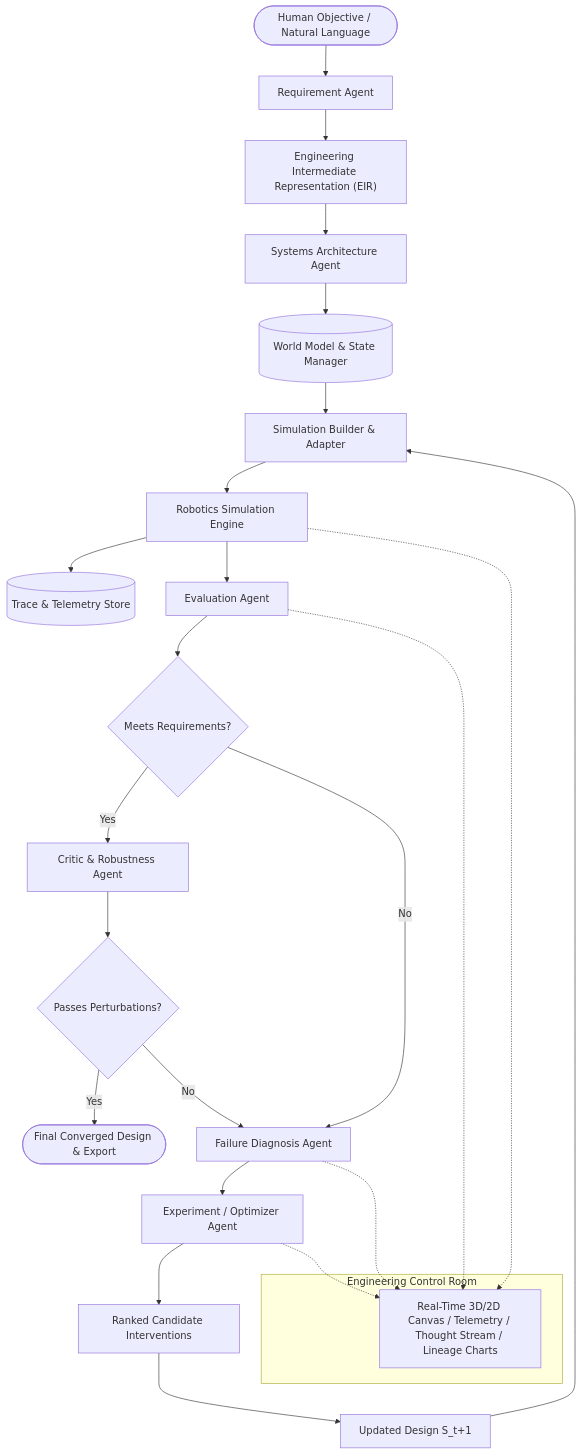
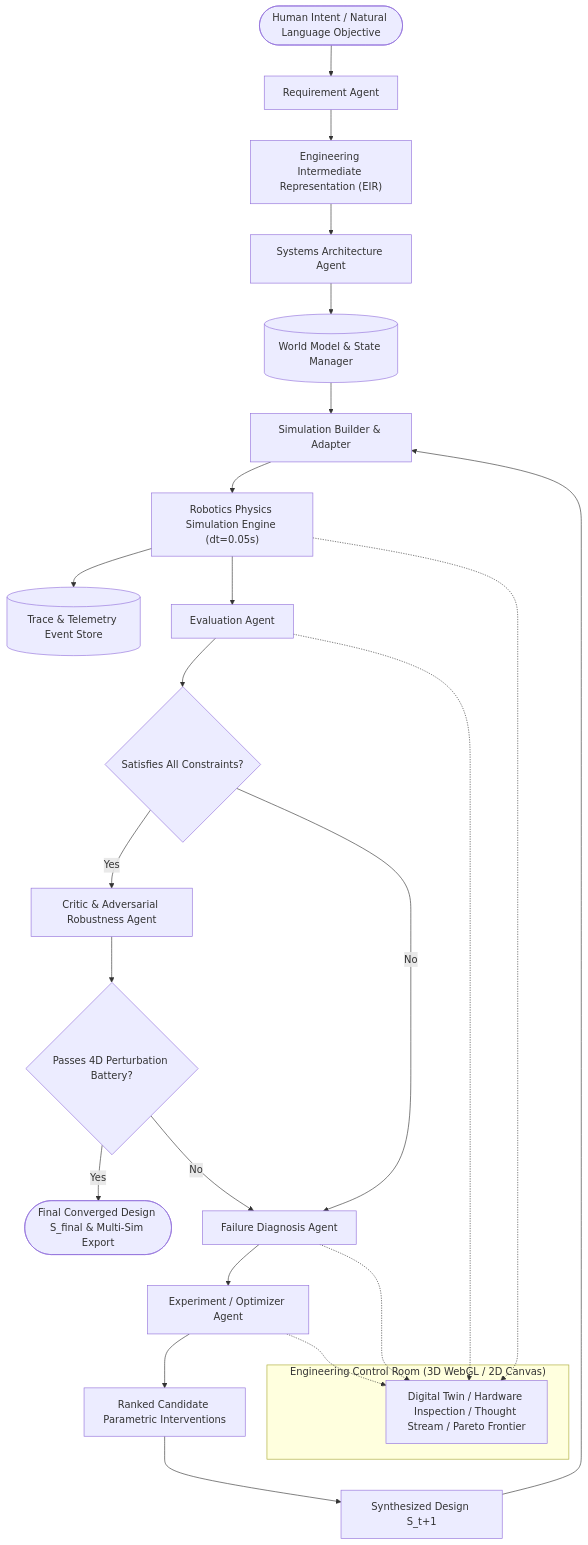
The first of 2 diagrams in README.md (Erebuzzz/SimWeaver), drawn with Mermaid before and after one commit. The commit also changed other lines of this file and 2 other files, not shown here.

Commit message:
docs: complete system architecture documentation, cloud endpoints, and Section 10 MCP integration guide

````diff
--- a/README.md
+++ b/README.md
@@ -29,37 +27,37 @@
 ```mermaid
 flowchart TD
-    User(["Human Objective / Natural Language"]) --> ReqAgent["Requirement Agent"]
+    User(["Human Intent / Natural Language Objective"]) --> ReqAgent["Requirement Agent"]
     ReqAgent --> EIR["Engineering Intermediate Representation (EIR)"]
     
     EIR --> ArchAgent["Systems Architecture Agent"]
     ArchAgent --> WorldModel[("World Model & State Manager")]
     
     WorldModel --> SimBuilder["Simulation Builder & Adapter"]
-    SimBuilder --> SimEngine["Robotics Simulation Engine"]
+    SimBuilder --> SimEngine["Robotics Physics Simulation Engine (dt=0.05s)"]
     
-    SimEngine --> Telemetry[("Trace & Telemetry Store")]
+    SimEngine --> Telemetry[("Trace & Telemetry Event Store")]
     SimEngine --> EvalAgent["Evaluation Agent"]
     
-    EvalAgent --> CriteriaCheck{"Meets Requirements?"}
+    EvalAgent --> CriteriaCheck{"Satisfies All Constraints?"}
     
-    CriteriaCheck -- Yes --> CriticAgent["Critic & Robustness Agent"]
-    CriticAgent --> RobustnessCheck{"Passes Perturbations?"}
-    RobustnessCheck -- Yes --> Converged(["Final Converged Design & Export"])
+    CriteriaCheck -- Yes --> CriticAgent["Critic & Adversarial Robustness Agent"]
+    CriticAgent --> RobustnessCheck{"Passes 4D Perturbation Battery?"}
+    RobustnessCheck -- Yes --> Converged(["Final Converged Design S_final & Multi-Sim Export"])
     RobustnessCheck -- No --> DiagAgent["Failure Diagnosis Agent"]
     
     CriteriaCheck -- No --> DiagAgent
     
     DiagAgent --> RepairAgent["Experiment / Optimizer Agent"]
-    RepairAgent --> Interventions["Ranked Candidate Interventions"]
-    Interventions --> NewDesign["Updated Design S_t+1"]
+    RepairAgent --> Interventions["Ranked Candidate Parametric Interventions"]
+    Interventions --> NewDesign["Synthesized Design S_t+1"]
     NewDesign --> SimBuilder
 
-    subgraph UI ["Engineering Control Room"]
-        Dashboard["Real-Time 3D/2D Canvas / Telemetry / Thought Stream / Lineage Charts"]
+    subgraph UI ["Engineering Control Room (3D WebGL / 2D Canvas)"]
+        Dashboard["Digital Twin / Hardware Inspection / Thought Stream / Pareto Frontier"]
     end
 
     SimEngine -.-> Dashboard
     EvalAgent -.-> Dashboard
     DiagAgent -.-> Dashboard
     RepairAgent -.-> Dashboard
 ```
````
